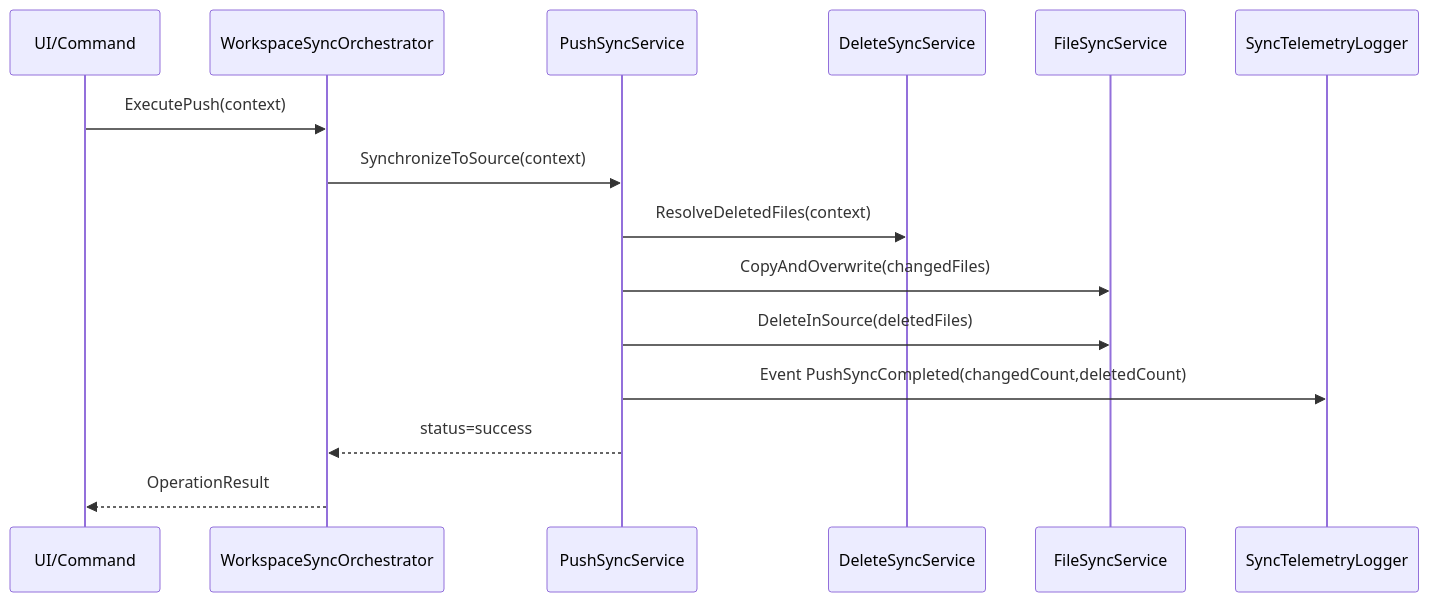
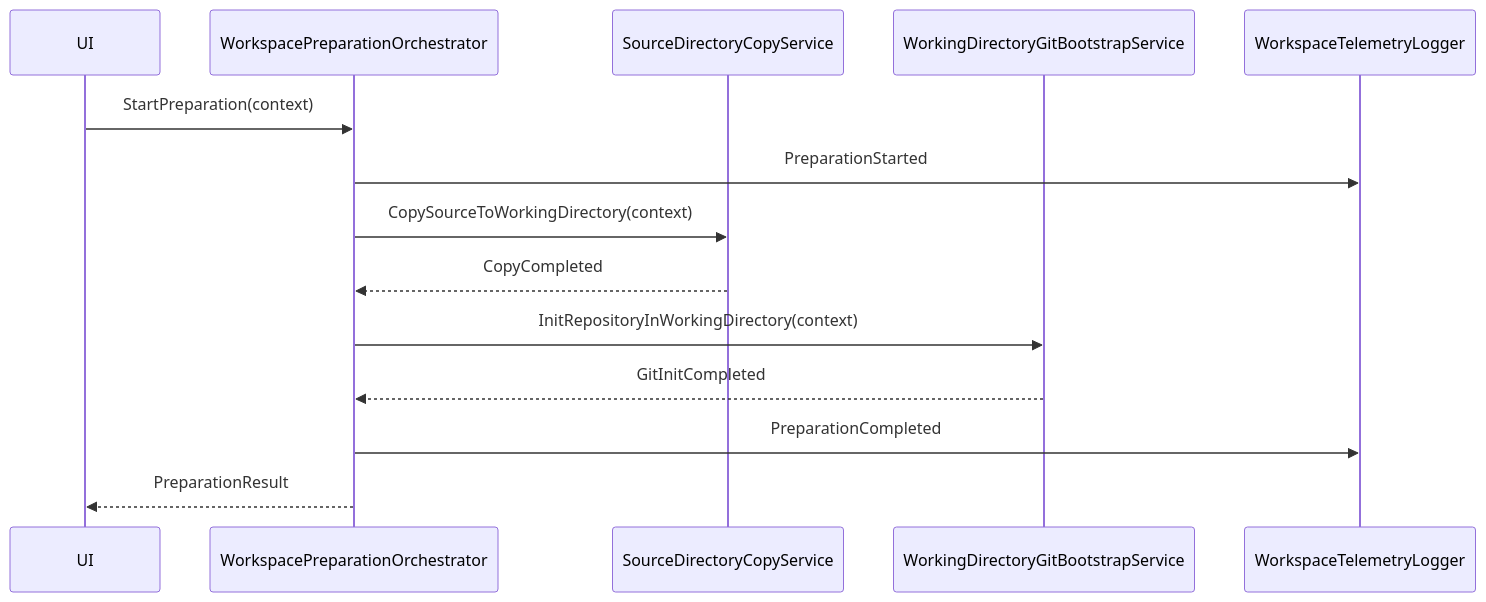
One commit to martin-stromberg/Softwareschmiede changed the second of 2 diagrams in docs/architecture/separates-arbeitsverzeichnis-git-init-fallback-architecture-blueprint.md. Above: the diagram before and after it, drawn with Mermaid. The commit also changed other lines of this file and 55 other files, not shown here.

Commit message:
Git-Funktionalitäten bei lokalem Repository ausgeblendet

````diff
--- a/docs/architecture/separates-arbeitsverzeichnis-git-init-fallback-architecture-blueprint.md
+++ b/docs/architecture/separates-arbeitsverzeichnis-git-init-fallback-architecture-blueprint.md
@@ -135,18 +88,17 @@
 ```mermaid
 sequenceDiagram
-    participant UI as UI/Command
-    participant ORCH as WorkspaceSyncOrchestrator
-    participant PUSH as PushSyncService
-    participant DEL as DeleteSyncService
-    participant FS as FileSyncService
-    participant LOG as SyncTelemetryLogger
+    participant UI as UI
+    participant ORCH as WorkspacePreparationOrchestrator
+    participant COPY as SourceDirectoryCopyService
+    participant INIT as WorkingDirectoryGitBootstrapService
+    participant LOG as WorkspaceTelemetryLogger
 
-    UI->>ORCH: ExecutePush(context)
-    ORCH->>PUSH: SynchronizeToSource(context)
-    PUSH->>DEL: ResolveDeletedFiles(context)
-    PUSH->>FS: CopyAndOverwrite(changedFiles)
-    PUSH->>FS: DeleteInSource(deletedFiles)
-    PUSH->>LOG: Event PushSyncCompleted(changedCount,deletedCount)
-    PUSH-->>ORCH: status=success
-    ORCH-->>UI: OperationResult
+    UI->>ORCH: StartPreparation(context)
+    ORCH->>LOG: PreparationStarted
+    ORCH->>COPY: CopySourceToWorkingDirectory(context)
+    COPY-->>ORCH: CopyCompleted
+    ORCH->>INIT: InitRepositoryInWorkingDirectory(context)
+    INIT-->>ORCH: GitInitCompleted
+    ORCH->>LOG: PreparationCompleted
+    ORCH-->>UI: PreparationResult
 ```
````
